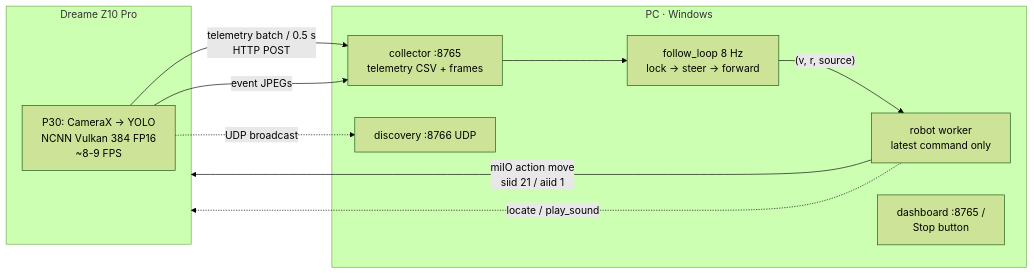
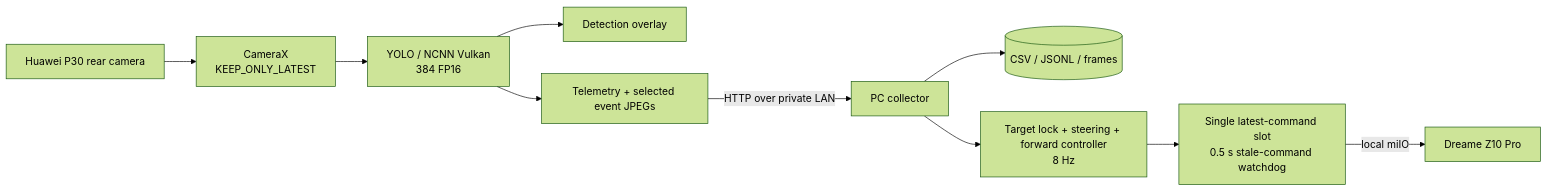
One commit to kwexz/cat-stalker changed the diagram in README.md. Above: the diagram before and after it, drawn with Mermaid (forest theme). The commit also changed other lines of this file and 15 other files, not shown here.

````diff
--- a/README.md
+++ b/README.md
@@ -68,20 +25,12 @@
 ```mermaid
 flowchart LR
-    subgraph robot [Dreame Z10 Pro]
-        P30[P30: CameraX → YOLO\nNCNN Vulkan 384 FP16\n~8-9 FPS]
-    end
-    subgraph pc [PC · Windows]
-        COL[collector :8765\ntelemetry CSV + frames]
-        FOL[follow_loop 8 Hz\nlock → steer → forward]
-        ROB[robot worker\nlatest command only]
-        DIS[discovery :8766 UDP]
-        DASH[dashboard :8765 /\nStop button]
-    end
-    P30 -- "telemetry batch / 0.5 s\nHTTP POST" --> COL
-    P30 -- "event JPEGs" --> COL
-    P30 -. "UDP broadcast" .-> DIS
-    COL --> FOL
-    FOL -- "(v, r, source)" --> ROB
-    ROB -- "miIO action move\nsiid 21 / aiid 1" --> robot
-    ROB -. "locate / play_sound" .-> robot
+    CAM[Huawei P30 rear camera] --> CX[CameraX<br/>KEEP_ONLY_LATEST]
+    CX --> NN[YOLO / NCNN Vulkan<br/>384 FP16]
+    NN --> UI[Detection overlay]
+    NN --> TEL[Telemetry + selected event JPEGs]
+    TEL -->|HTTP over private LAN| COL[PC collector]
+    COL --> LOG[(CSV / JSONL / frames)]
+    COL --> CTRL[Target lock + steering + forward controller<br/>8 Hz]
+    CTRL --> SLOT[Single latest-command slot<br/>0.5 s stale-command watchdog]
+    SLOT -->|local miIO| VAC[Dreame Z10 Pro]
 ```
````
